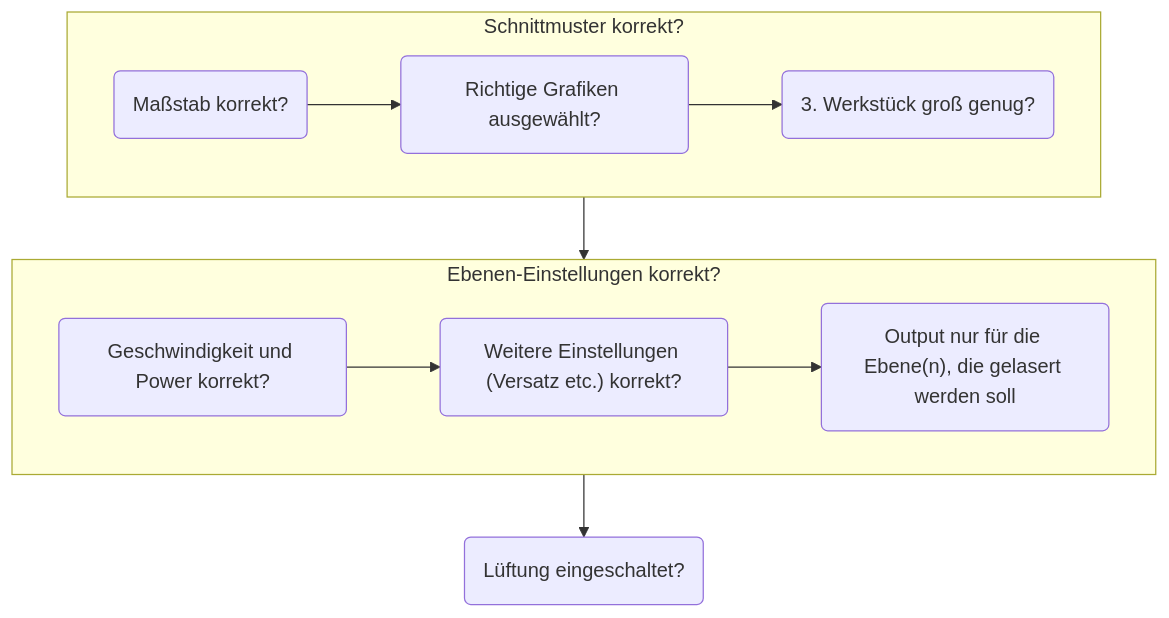
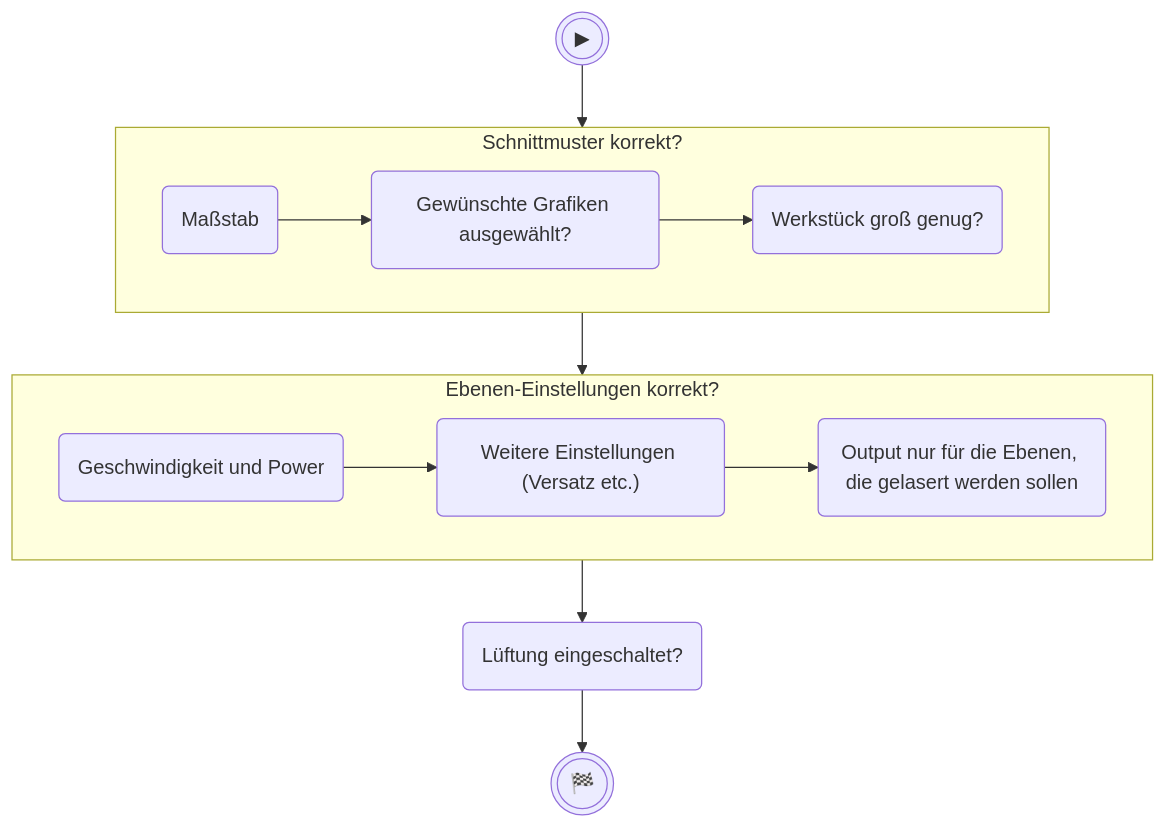
Before and after one commit to maker-space-leipzig/laser-dokumentation: the second of 3 diagrams in docs/nachschlagen_checklisten.md, drawn with Mermaid. The commit also changed other lines of this file and 19 other files, not shown here.

````diff
--- a/docs/nachschlagen_checklisten.md
+++ b/docs/nachschlagen_checklisten.md
@@ -15,15 +25,26 @@
-``` mermaid
+```mermaid
 flowchart TD
-    subgraph 1["Schnittmuster korrekt?"]
-        1a("Maßstab korrekt?")
-        -->1b("Richtige Grafiken ausgewählt?")
-        -->1c("3. Werkstück groß genug?")
+    %% Standardknoten
+    start((("▶")))
+    ende((("🏁")))
+
+    %% Subgraphen
+    subgraph form["Schnittmuster korrekt?"]
+        form_1("Maßstab")
+        --> form_2("Gewünschte Grafiken ausgewählt?")
+        --> form_3("Werkstück groß genug?")
     end
-    1-->2
-    subgraph 2["Ebenen-Einstellungen korrekt?"]
-        2a("Geschwindigkeit und Power korrekt?")
-        -->2b("Weitere Einstellungen (Versatz etc.) korrekt?")
-        -->2c("Output nur für die Ebene(n), die gelasert werden soll")
+
+    subgraph ebenen["Ebenen-Einstellungen korrekt?"]
+        ebenen_1("Geschwindigkeit und Power")
+        --> ebenen_2("Weitere Einstellungen (Versatz etc.)")
+        --> ebenen_3("Output nur für die Ebenen, die gelasert werden sollen")
     end
-    2-->3("Lüftung eingeschaltet?")
+
+    %% Knoten-Abfolge
+    start
+    --> form
+    --> ebenen
+    --> lüftung("Lüftung eingeschaltet?")
+    --> ende
 ```
````
